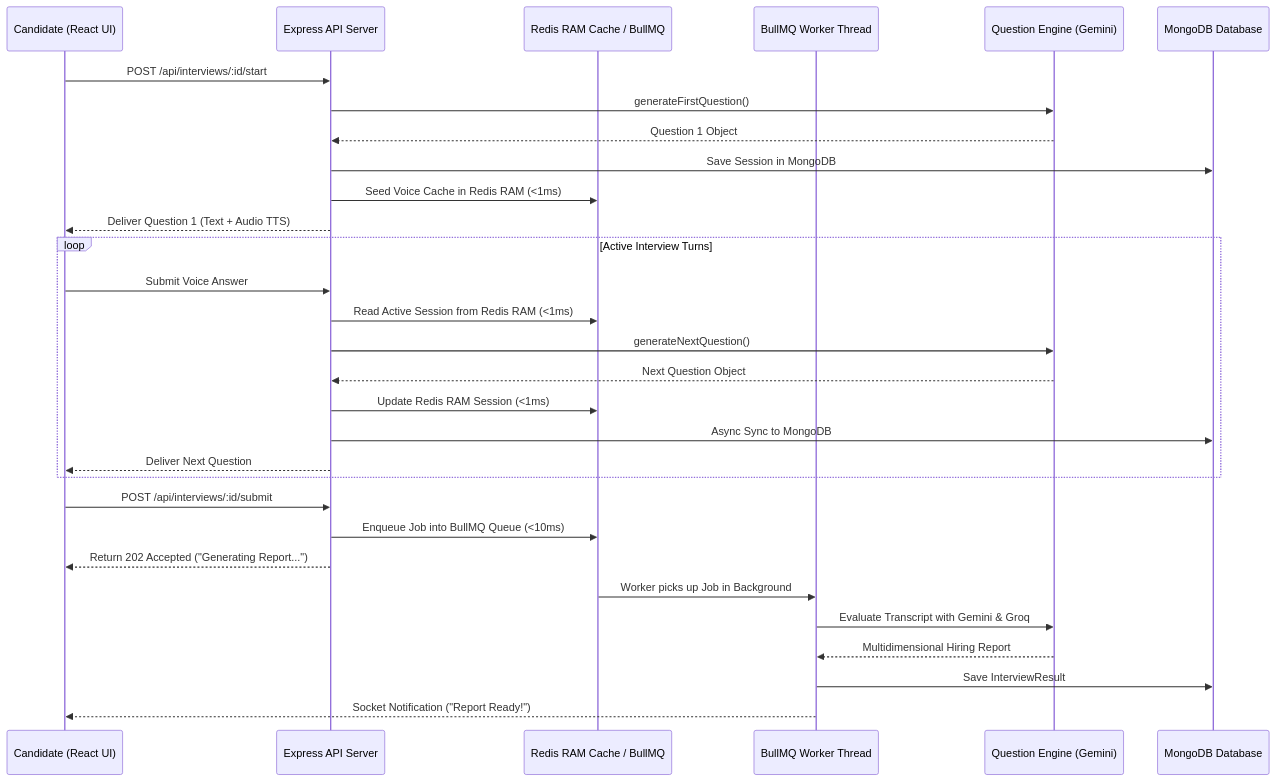
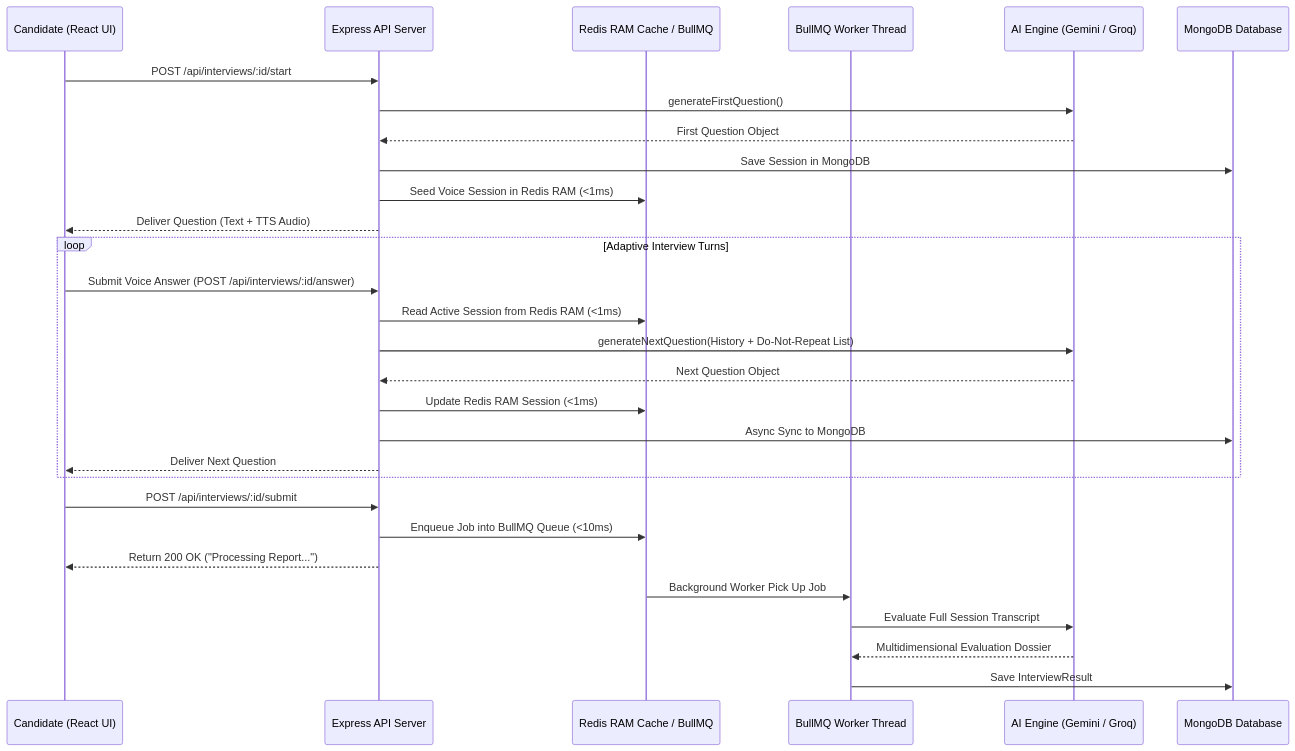
Before and after one commit to Amansinghhggg/AI-interviewer: the diagram in README.md, drawn with Mermaid. The commit also changed other lines of this file and 14 other files, not shown here.

````diff
--- a/README.md
+++ b/README.md
@@ -104,38 +105,37 @@
 ```mermaid
 sequenceDiagram
     participant C as Candidate (React UI)
     participant S as Express API Server
     participant R as Redis RAM Cache / BullMQ
     participant W as BullMQ Worker Thread
-    participant Q as Question Engine (Gemini)
+    participant Q as AI Engine (Gemini / Groq)
     participant DB as MongoDB Database
 
     %% Session Start
     C->>S: POST /api/interviews/:id/start
     S->>Q: generateFirstQuestion()
-    Q-->>S: Question 1 Object
+    Q-->>S: First Question Object
     S->>DB: Save Session in MongoDB
-    S->>R: Seed Voice Cache in Redis RAM (<1ms)
-    S-->>C: Deliver Question 1 (Text + Audio TTS)
+    S->>R: Seed Voice Session in Redis RAM (<1ms)
+    S-->>C: Deliver Question (Text + TTS Audio)
 
-    %% Fast Adaptive Loop
-    loop Active Interview Turns
-        C->>S: Submit Voice Answer
+    %% Live Adaptive Loop
+    loop Adaptive Interview Turns
+        C->>S: Submit Voice Answer (POST /api/interviews/:id/answer)
         S->>R: Read Active Session from Redis RAM (<1ms)
-        S->>Q: generateNextQuestion()
+        S->>Q: generateNextQuestion(History + Do-Not-Repeat List)
         Q-->>S: Next Question Object
         S->>R: Update Redis RAM Session (<1ms)
         S->>DB: Async Sync to MongoDB
         S-->>C: Deliver Next Question
     end
 
     %% Completion & Background Queue
     C->>S: POST /api/interviews/:id/submit
     S->>R: Enqueue Job into BullMQ Queue (<10ms)
-    S-->>C: Return 202 Accepted ("Generating Report...")
-    R->>W: Worker picks up Job in Background
-    W->>Q: Evaluate Transcript with Gemini & Groq
-    Q-->>W: Multidimensional Hiring Report
+    S-->>C: Return 200 OK ("Processing Report...")
+    R->>W: Background Worker Pick Up Job
+    W->>Q: Evaluate Full Session Transcript
+    Q-->>W: Multidimensional Evaluation Dossier
     W->>DB: Save InterviewResult
-    W-->>C: Socket Notification ("Report Ready!")
 ```
````
